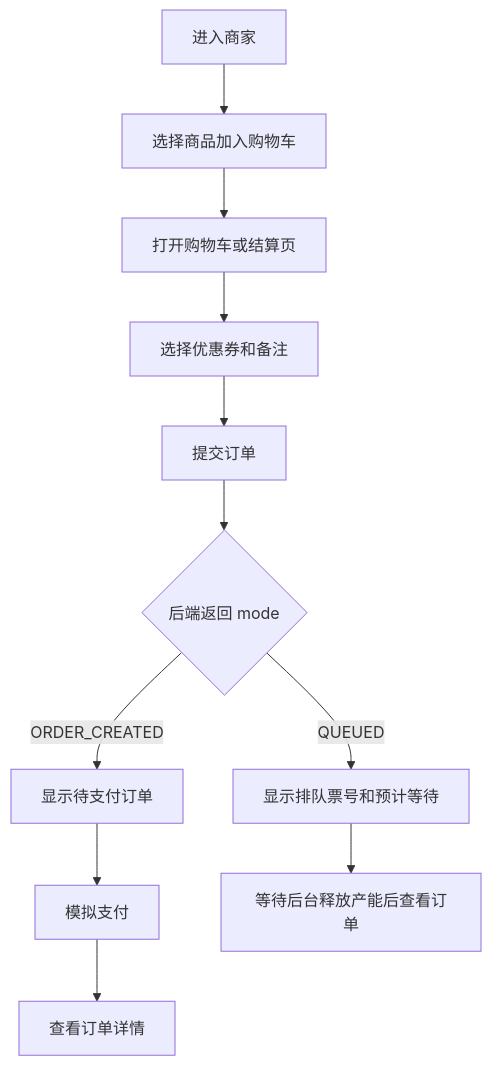
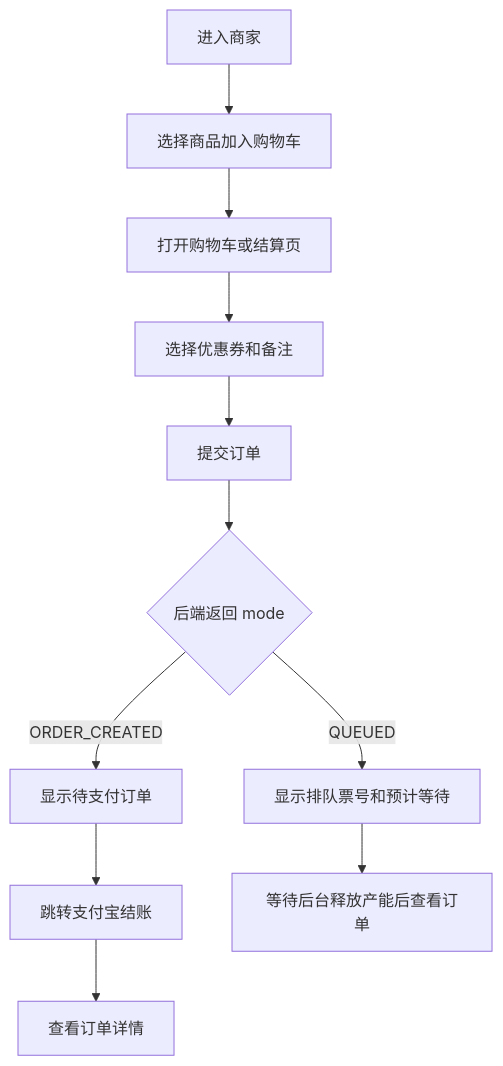
The diagram in docs/MealFlow-user-h5-design.md (CMD137/mealflow-demo), drawn with Mermaid before and after one commit. The commit also changed other lines of this file and 11 other files, not shown here.

````diff
--- a/docs/MealFlow-user-h5-design.md
+++ b/docs/MealFlow-user-h5-design.md
@@ -103,13 +103,13 @@
 ```mermaid
 flowchart TD
   A["进入商家"] --> B["选择商品加入购物车"]
   B --> C["打开购物车或结算页"]
   C --> D["选择优惠券和备注"]
   D --> E["提交订单"]
   E --> F{"后端返回 mode"}
   F -->|ORDER_CREATED| G["显示待支付订单"]
   F -->|QUEUED| H["显示排队票号和预计等待"]
-  G --> I["模拟支付"]
+  G --> I["跳转支付宝结账"]
   I --> J["查看订单详情"]
   H --> K["等待后台释放产能后查看订单"]
 ```
````
